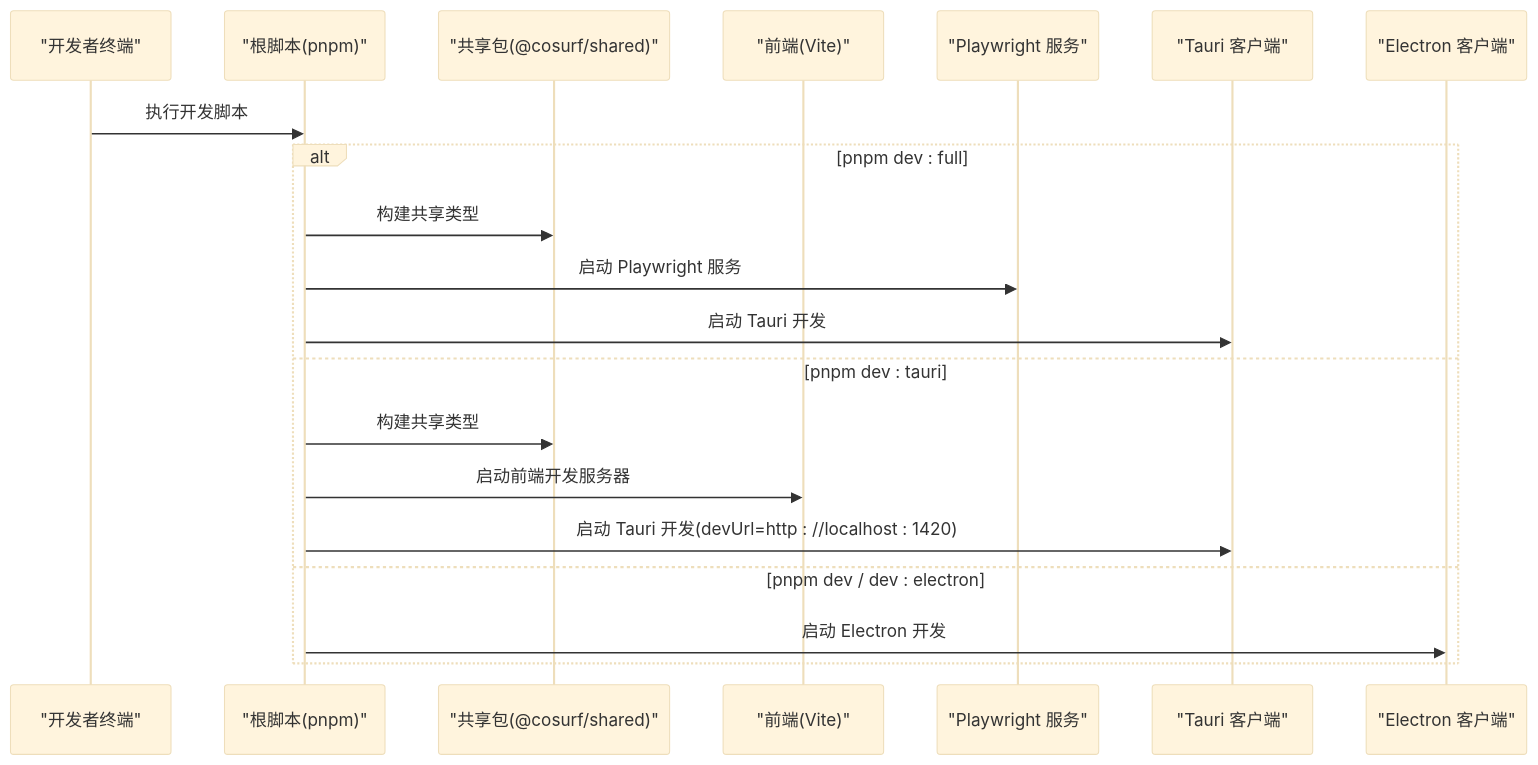
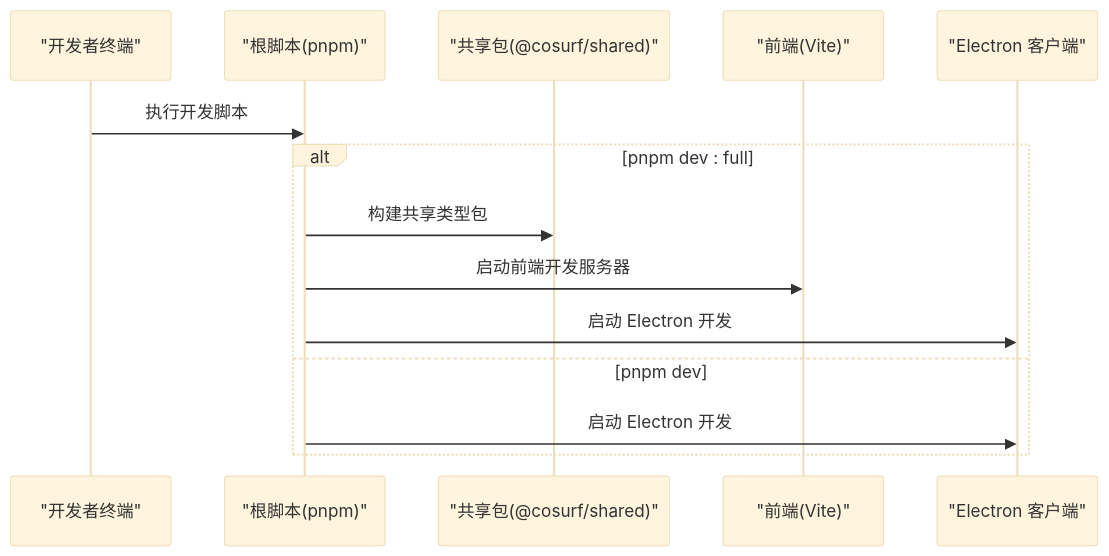
One commit to baike08/cosurf changed the second of 6 diagrams in .qoder/repowiki/zh/content/开发指南/开发流程.md. Above: the diagram before and after it, drawn with Mermaid (base theme). The commit also changed other lines of this file and 15 other files, not shown here.

````diff
--- a/.qoder/repowiki/zh/content/开发指南/开发流程.md
+++ b/.qoder/repowiki/zh/content/开发指南/开发流程.md
@@ -128,22 +104,16 @@
 ```mermaid
 sequenceDiagram
 participant Dev as "开发者终端"
 participant Root as "根脚本(pnpm)"
 participant Shared as "共享包(@cosurf/shared)"
 participant Web as "前端(Vite)"
-participant PW as "Playwright 服务"
-participant Tauri as "Tauri 客户端"
 participant Electron as "Electron 客户端"
 Dev->>Root : 执行开发脚本
 alt pnpm dev : full
-Root->>Shared : 构建共享类型
-Root->>PW : 启动 Playwright 服务
-Root->>Tauri : 启动 Tauri 开发
-else pnpm dev : tauri
-Root->>Shared : 构建共享类型
+Root->>Shared : 构建共享类型包
 Root->>Web : 启动前端开发服务器
-Root->>Tauri : 启动 Tauri 开发(devUrl=http : //localhost : 1420)
-else pnpm dev / dev : electron
+Root->>Electron : 启动 Electron 开发
+else pnpm dev
 Root->>Electron : 启动 Electron 开发
 end
 ```
````
